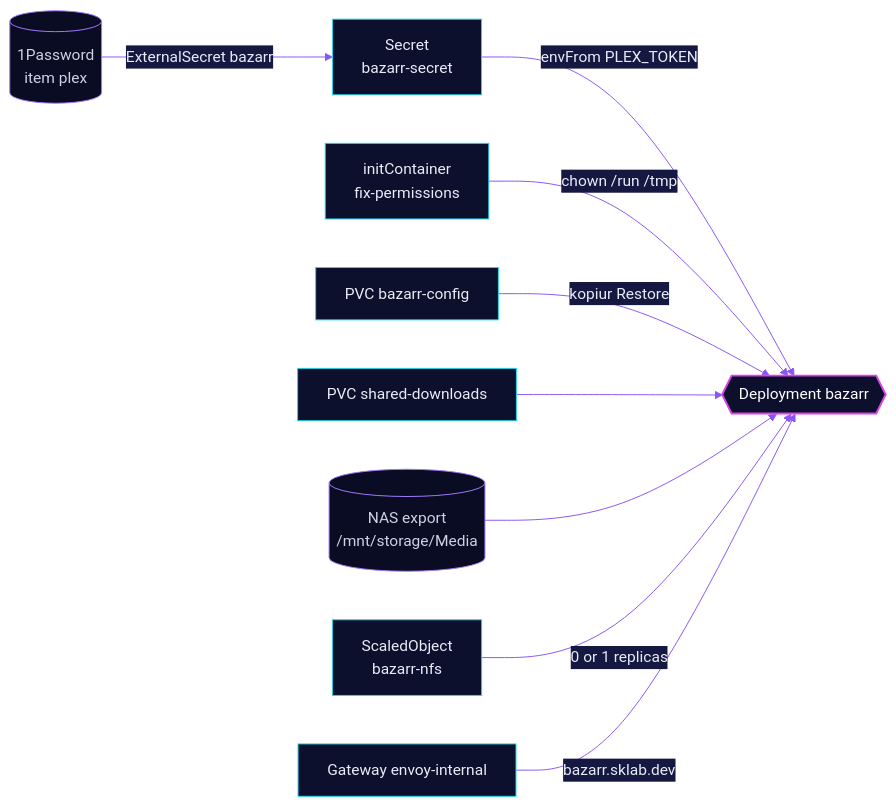
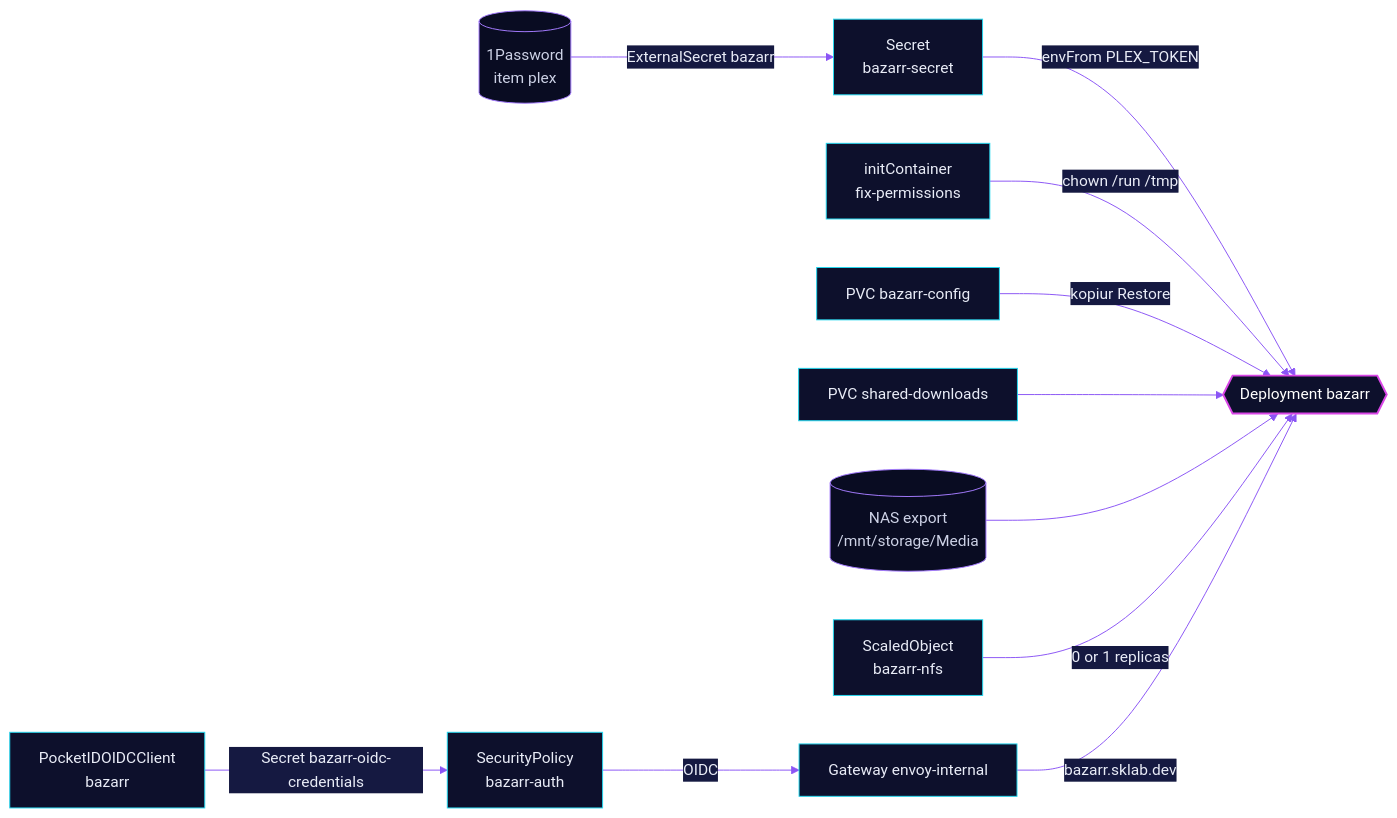
One commit to skrumbach/home-ops changed the diagram in kubernetes/apps/base/downloads/bazarr/README.md. Above: the diagram before and after it, drawn with Mermaid. The commit also changed other lines of this file and 33 other files, not shown here.

First line of the commit message:
feat(security): close the open routes with Pocket ID (three Envoy gates, three native logins)

````diff
--- a/kubernetes/apps/base/downloads/bazarr/README.md
+++ b/kubernetes/apps/base/downloads/bazarr/README.md
@@ -35,16 +36,18 @@
 ```mermaid
 %%{init: {'theme':'base','themeVariables':{'primaryColor':'#0D102C','primaryTextColor':'#E9ECF7','primaryBorderColor':'#22D8F0','lineColor':'#8B55F5','secondaryColor':'#151941','tertiaryColor':'#090C22','edgeLabelBackground':'#151941'}}}%%
 flowchart LR
   op[("1Password<br/>item plex")] -->|ExternalSecret bazarr| sec["Secret<br/>bazarr-secret"]
   sec -->|envFrom PLEX_TOKEN| app{{"Deployment bazarr"}}
   init["initContainer<br/>fix-permissions"] -->|chown /run /tmp| app
   cfg["PVC bazarr-config"] -->|kopiur Restore| app
   dl["PVC shared-downloads"] --> app
   nas[("NAS export<br/>/mnt/storage/Media")] --> app
   keda["ScaledObject<br/>bazarr-nfs"] -->|0 or 1 replicas| app
   gw["Gateway envoy-internal"] -->|bazarr.sklab.dev| app
+  sp["SecurityPolicy<br/>bazarr-auth"] -->|OIDC| gw
+  oidc["PocketIDOIDCClient<br/>bazarr"] -->|Secret bazarr-oidc-credentials| sp
   classDef accent fill:#0D102C,stroke:#D946E6,stroke-width:2px,color:#FFFFFF
   classDef ext fill:#090C22,stroke:#A57BFF,color:#CDD2E6
   class app accent
   class op,nas ext
 ```
````
